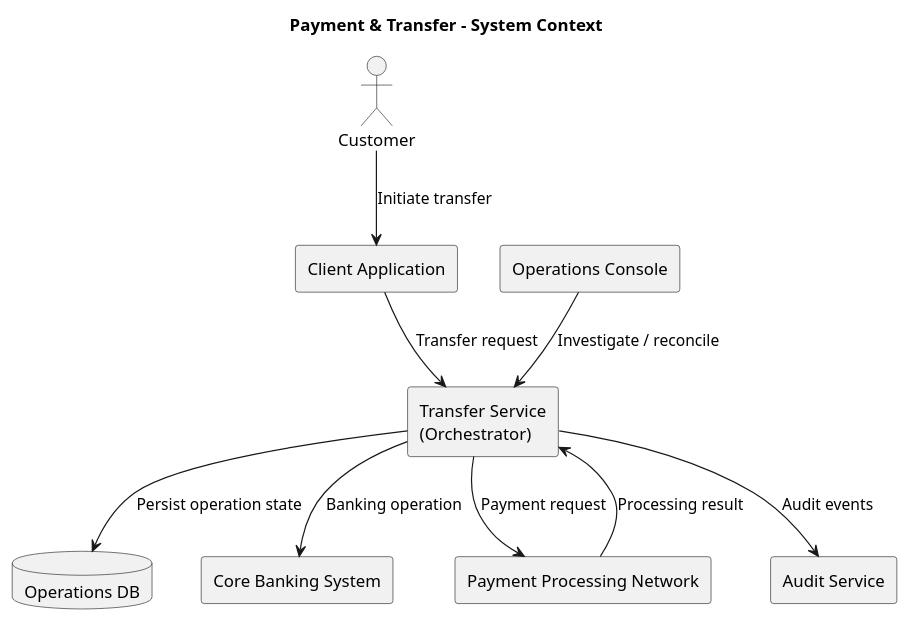
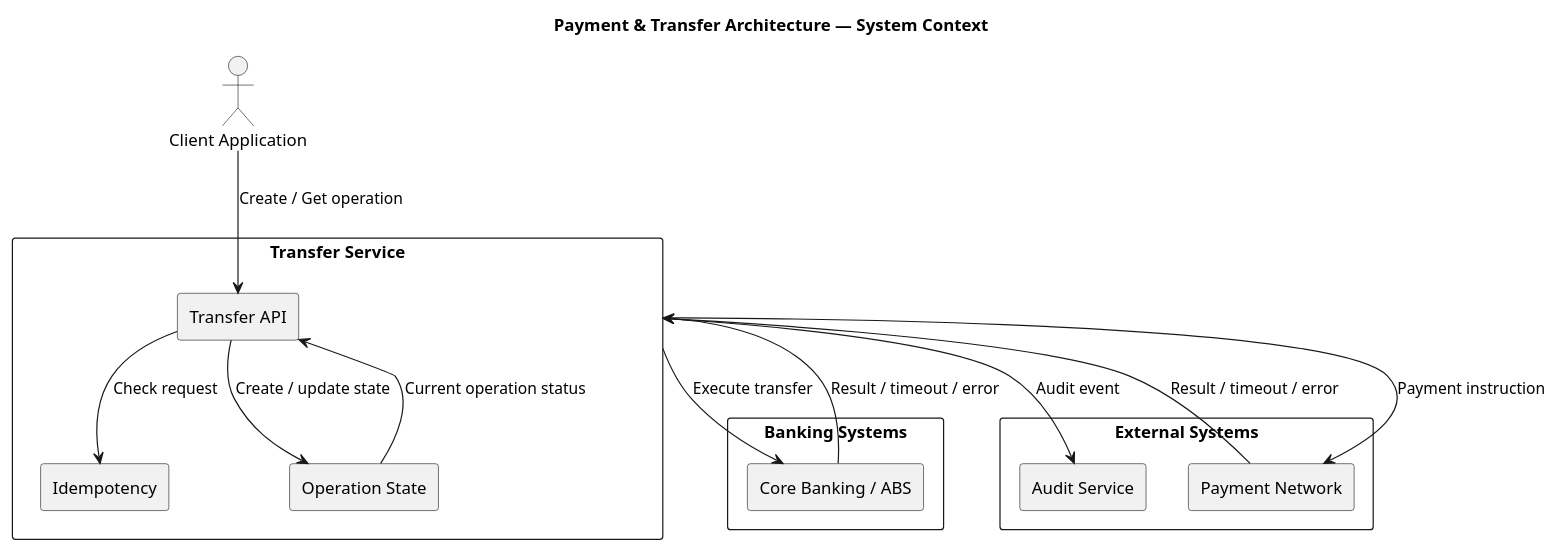
One commit to konstantin-kuzovkin/architecture-portfolio changed the diagram in 01-payment-transfer-architecture/diagrams/context.puml. Above: the diagram before and after it, drawn with PlantUML.

```diff
--- a/01-payment-transfer-architecture/diagrams/context.puml
+++ b/01-payment-transfer-architecture/diagrams/context.puml
@@ -1,27 +1,27 @@
 @startuml
-
-title Payment & Transfer - System Context
-
-actor Customer
-
-rectangle "Client Application" as Client
-rectangle "Transfer Service\n(Orchestrator)" as Transfer
-database "Operations DB" as DB
-rectangle "Core Banking System" as ABS
-rectangle "Payment Processing Network" as PSP
-rectangle "Audit Service" as Audit
-rectangle "Operations Console" as Ops
-
-Customer --> Client : Initiate transfer
-Client --> Transfer : Transfer request
-
-Transfer --> DB : Persist operation state
-Transfer --> ABS : Banking operation
-Transfer --> PSP : Payment request
-Transfer --> Audit : Audit events
-
-PSP --> Transfer : Processing result
-
-Ops --> Transfer : Investigate / reconcile
-
+title Payment & Transfer Architecture — System Context
+skinparam componentStyle rectangle
+skinparam shadowing false
+actor "Client Application" as Client
+rectangle "Transfer Service" as Transfer {
+    component "Transfer API" as API
+    component "Operation State" as State
+    component "Idempotency" as Idem
+}
+rectangle "Banking Systems" {
+    component "Core Banking / ABS" as ABS
+}
+rectangle "External Systems" {
+    component "Payment Network" as Network
+    component "Audit Service" as Audit
+}
+Client --> API : Create / Get operation
+API --> Idem : Check request
+API --> State : Create / update state
+Transfer --> ABS : Execute transfer
+ABS --> Transfer : Result / timeout / error
+Transfer --> Network : Payment instruction
+Network --> Transfer : Result / timeout / error
+Transfer --> Audit : Audit event
+State --> API : Current operation status
 @enduml
```
